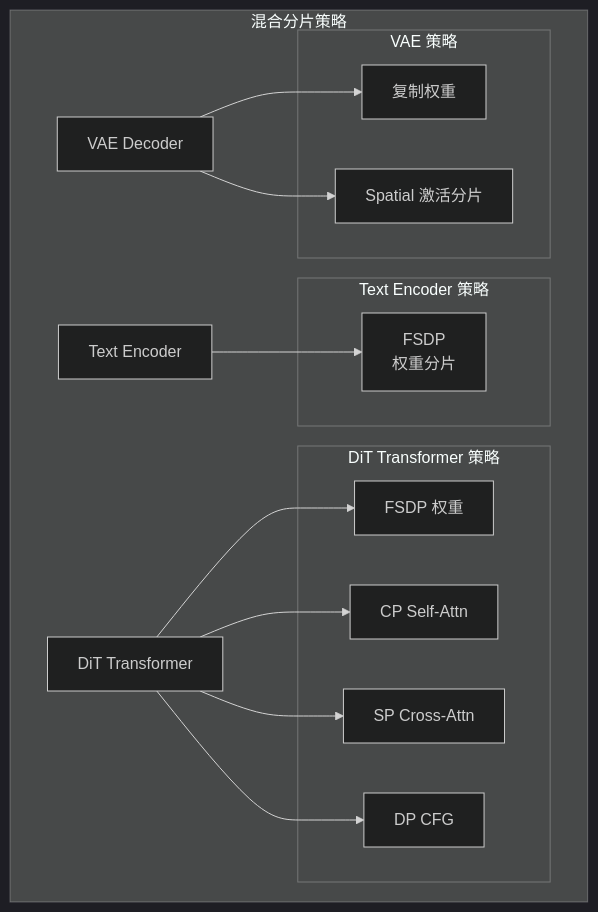
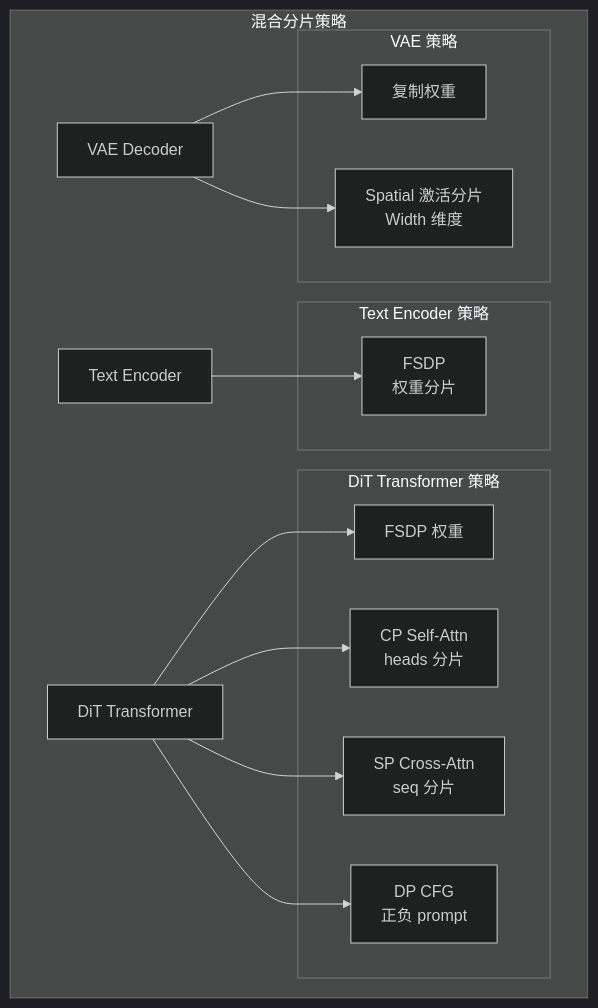
One commit to yangwhale/gpu-tpu-pedia changed the seventh of 13 diagrams in tpu/Wan2.2/wan_tpu_optimization_guide.md. Above: the diagram before and after it, drawn with Mermaid (dark theme). The commit also changed other lines of this file, not shown here.

````diff
--- a/tpu/Wan2.2/wan_tpu_optimization_guide.md
+++ b/tpu/Wan2.2/wan_tpu_optimization_guide.md
@@ -333,28 +374,28 @@
 ```mermaid
 graph TB
     subgraph "混合分片策略"
         TEXT[Text Encoder]
         DIT[DiT Transformer]
         VAE[VAE Decoder]
         
         subgraph "Text Encoder 策略"
             TE_FSDP[FSDP<br/>权重分片]
         end
         
         subgraph "DiT Transformer 策略"
             DIT_FSDP[FSDP 权重]
-            DIT_CP[CP Self-Attn]
-            DIT_SP[SP Cross-Attn]
-            DIT_DP[DP CFG]
+            DIT_CP[CP Self-Attn<br/>heads 分片]
+            DIT_SP[SP Cross-Attn<br/>seq 分片]
+            DIT_DP[DP CFG<br/>正负 prompt]
         end
         
         subgraph "VAE 策略"
             VAE_REP[复制权重]
-            VAE_SPATIAL[Spatial 激活分片]
+            VAE_SPATIAL[Spatial 激活分片<br/>Width 维度]
         end
     end
     
     TEXT --> TE_FSDP
     DIT --> DIT_FSDP & DIT_CP & DIT_SP & DIT_DP
     VAE --> VAE_REP & VAE_SPATIAL
 ```
````
